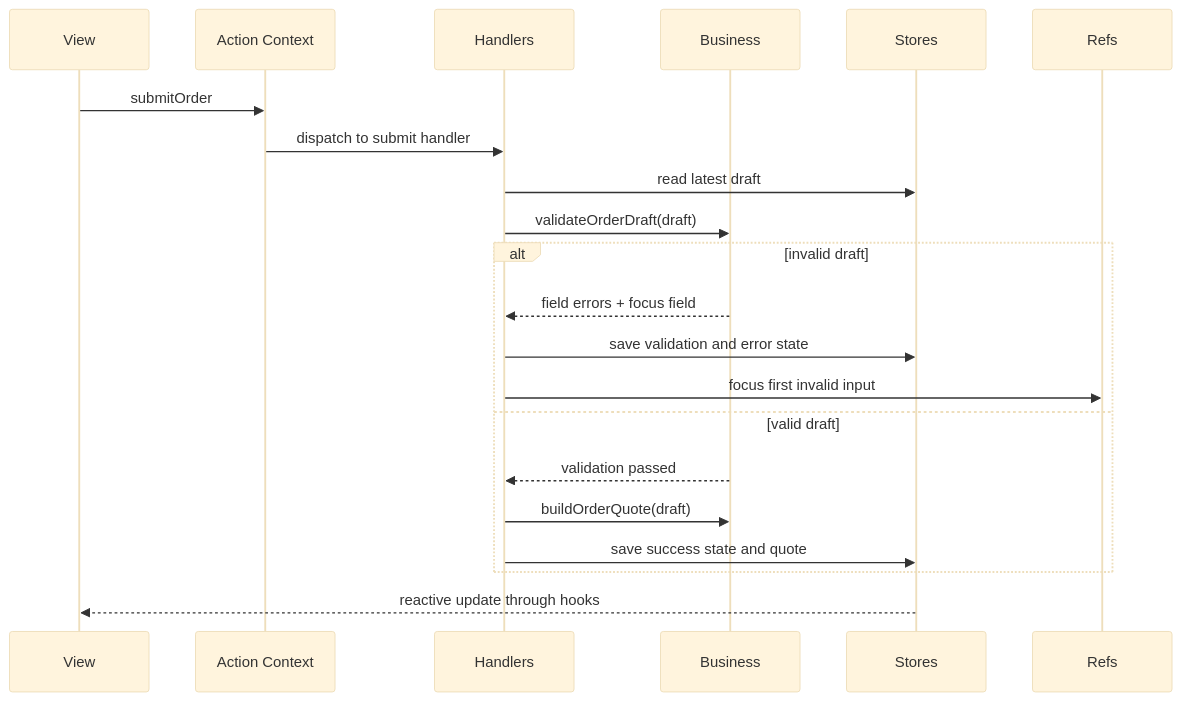
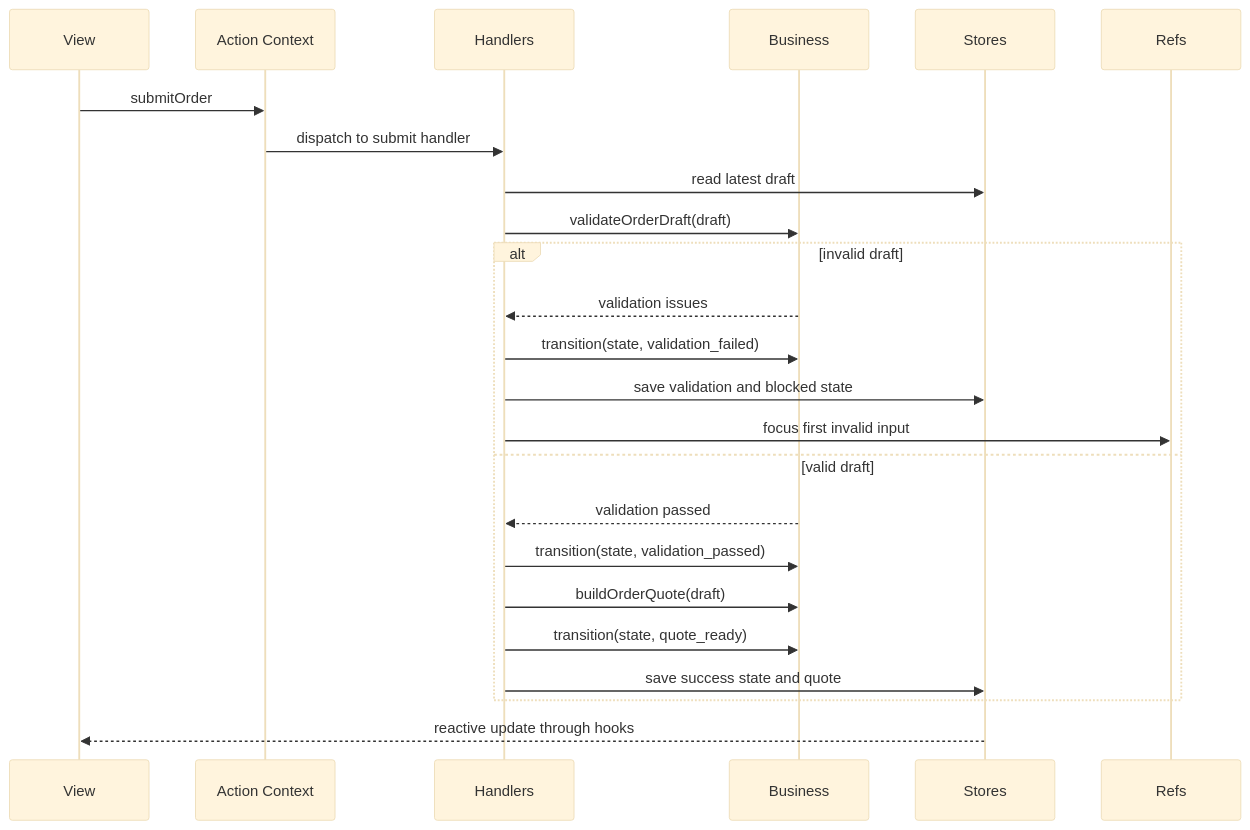
One commit to mineclover/context-action changed the first of 2 diagrams in docs/en/examples/canonical-order-form.md. Above: the diagram before and after it, drawn with Mermaid (base theme). The commit also changed other lines of this file and 95 other files, not shown here.

````diff
--- a/docs/en/examples/canonical-order-form.md
+++ b/docs/en/examples/canonical-order-form.md
@@ -45,24 +53,27 @@
 ```mermaid
 sequenceDiagram
     participant View
     participant Action as Action Context
     participant Handler as Handlers
     participant Business as Business
     participant Store as Stores
     participant Ref as Refs
 
     View->>Action: submitOrder
     Action->>Handler: dispatch to submit handler
     Handler->>Store: read latest draft
     Handler->>Business: validateOrderDraft(draft)
     alt invalid draft
-        Business-->>Handler: field errors + focus field
-        Handler->>Store: save validation and error state
+        Business-->>Handler: validation issues
+        Handler->>Business: transition(state, validation_failed)
+        Handler->>Store: save validation and blocked state
         Handler->>Ref: focus first invalid input
     else valid draft
         Business-->>Handler: validation passed
+        Handler->>Business: transition(state, validation_passed)
         Handler->>Business: buildOrderQuote(draft)
+        Handler->>Business: transition(state, quote_ready)
         Handler->>Store: save success state and quote
     end
     Store-->>View: reactive update through hooks
 ```
````
